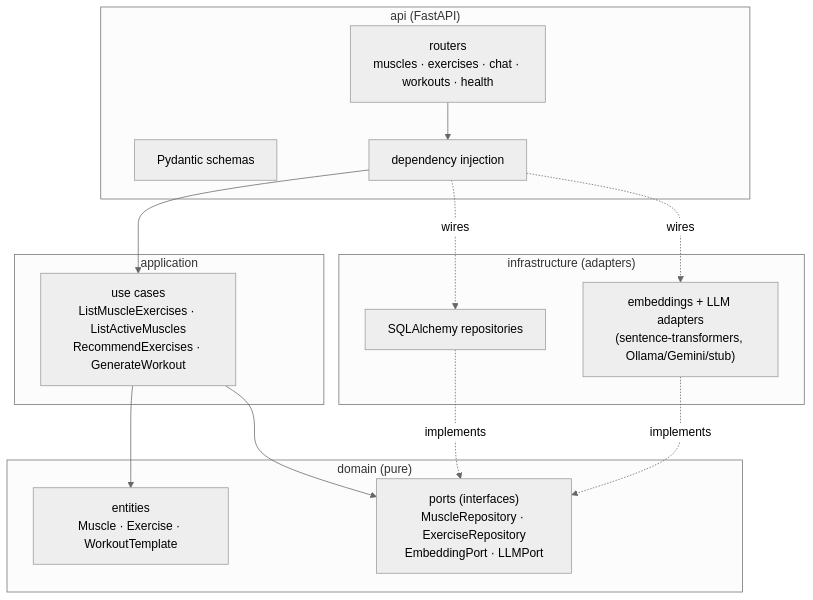
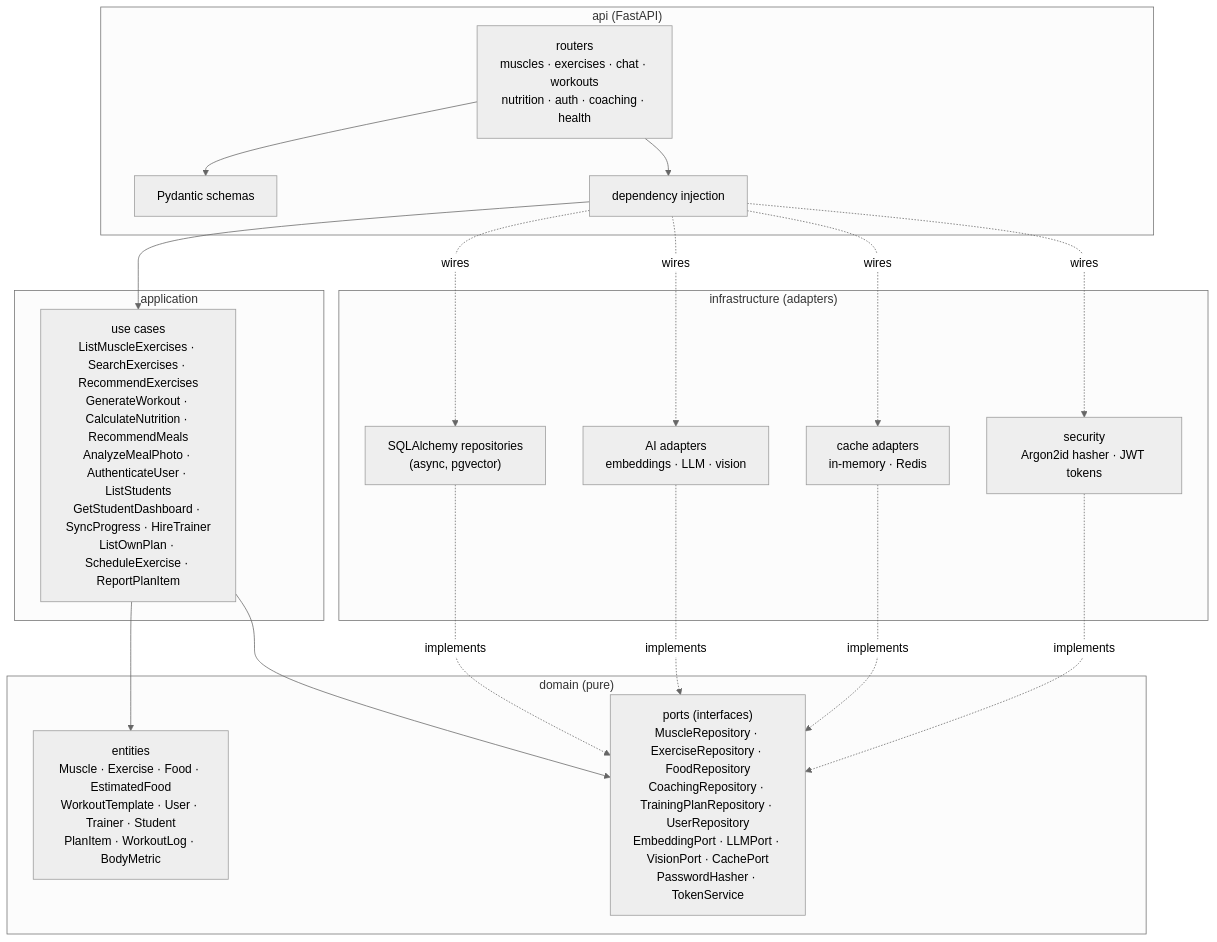
One commit to drodriguezventosa/muscle_app changed the third of 3 diagrams in docs/diagrams/README.md. Above: the diagram before and after it, drawn with Mermaid (neutral theme). The commit also changed other lines of this file and 7 other files, not shown here.

````diff
--- a/docs/diagrams/README.md
+++ b/docs/diagrams/README.md
@@ -54,28 +76,35 @@
 ```mermaid
 graph TB
     subgraph api["api (FastAPI)"]
-        routers["routers<br/>muscles · exercises · chat · workouts · health"]
+        routers["routers<br/>muscles · exercises · chat · workouts<br/>nutrition · auth · coaching · health"]
         schemas["Pydantic schemas"]
         deps["dependency injection"]
     end
     subgraph application["application"]
-        usecases["use cases<br/>ListMuscleExercises · ListActiveMuscles<br/>RecommendExercises · GenerateWorkout"]
+        usecases["use cases<br/>ListMuscleExercises · SearchExercises · RecommendExercises<br/>GenerateWorkout · CalculateNutrition · RecommendMeals<br/>AnalyzeMealPhoto · AuthenticateUser · ListStudents<br/>GetStudentDashboard · SyncProgress · HireTrainer<br/>ListOwnPlan · ScheduleExercise · ReportPlanItem"]
     end
     subgraph domain["domain (pure)"]
-        entities["entities<br/>Muscle · Exercise · WorkoutTemplate"]
-        ports["ports (interfaces)<br/>MuscleRepository · ExerciseRepository<br/>EmbeddingPort · LLMPort"]
+        entities["entities<br/>Muscle · Exercise · Food · EstimatedFood<br/>WorkoutTemplate · User · Trainer · Student<br/>PlanItem · WorkoutLog · BodyMetric"]
+        ports["ports (interfaces)<br/>MuscleRepository · ExerciseRepository · FoodRepository<br/>CoachingRepository · TrainingPlanRepository · UserRepository<br/>EmbeddingPort · LLMPort · VisionPort · CachePort<br/>PasswordHasher · TokenService"]
     end
     subgraph infrastructure["infrastructure (adapters)"]
-        repos["SQLAlchemy repositories"]
-        ai["embeddings + LLM adapters<br/>(sentence-transformers, Ollama/Gemini/stub)"]
+        repos["SQLAlchemy repositories<br/>(async, pgvector)"]
+        ai["AI adapters<br/>embeddings · LLM · vision"]
+        cacheimpl["cache adapters<br/>in-memory · Redis"]
+        sec["security<br/>Argon2id hasher · JWT tokens"]
     end
 
     routers --> deps
+    routers --> schemas
     deps --> usecases
     usecases --> ports
     usecases --> entities
     repos -. implements .-> ports
     ai -. implements .-> ports
+    cacheimpl -. implements .-> ports
+    sec -. implements .-> ports
     deps -. wires .-> repos
     deps -. wires .-> ai
+    deps -. wires .-> cacheimpl
+    deps -. wires .-> sec
 ```
````
